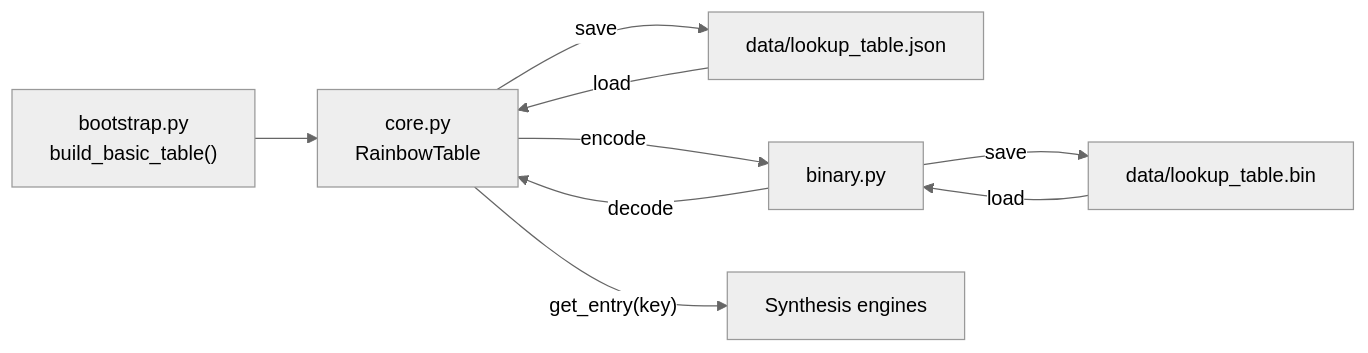
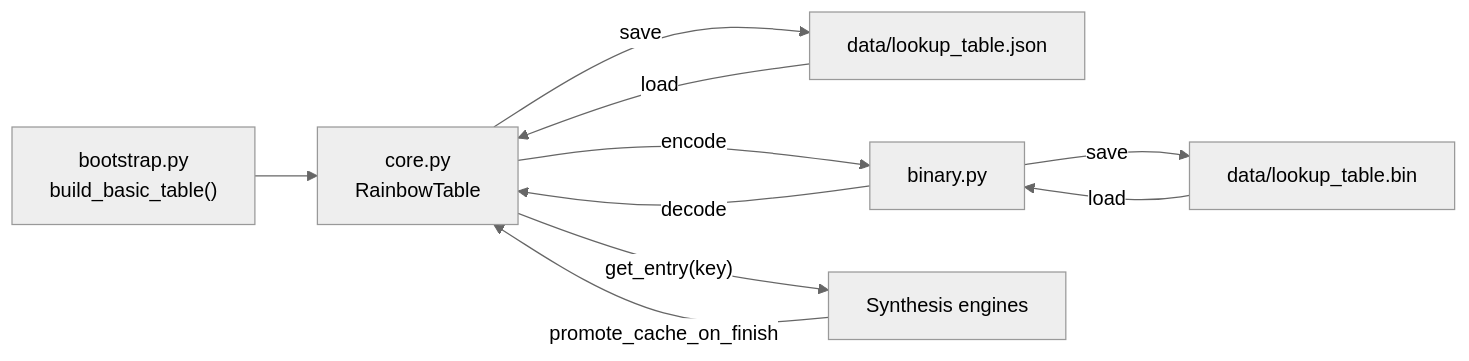
Before and after one commit to QuipNetwork/quip-protocol: the diagram in tutte/lookup/README.md, drawn with Mermaid (neutral theme). The commit also changed other lines of this file and 72 other files, not shown here.

````diff
--- a/tutte/lookup/README.md
+++ b/tutte/lookup/README.md
@@ -15,11 +36,12 @@
 ```mermaid
 graph LR
     B["bootstrap.py<br/>build_basic_table()"] --> C["core.py<br/>RainbowTable"]
     C --> |save| D["data/lookup_table.json"]
     C --> |encode| E["binary.py"]
     E --> |save| F["data/lookup_table.bin"]
     F --> |load| E
     E --> |decode| C
     D --> |load| C
     C --> |"get_entry(key)"| S[Synthesis engines]
+    S --> |"promote_cache_on_finish"| C
 ```
````
